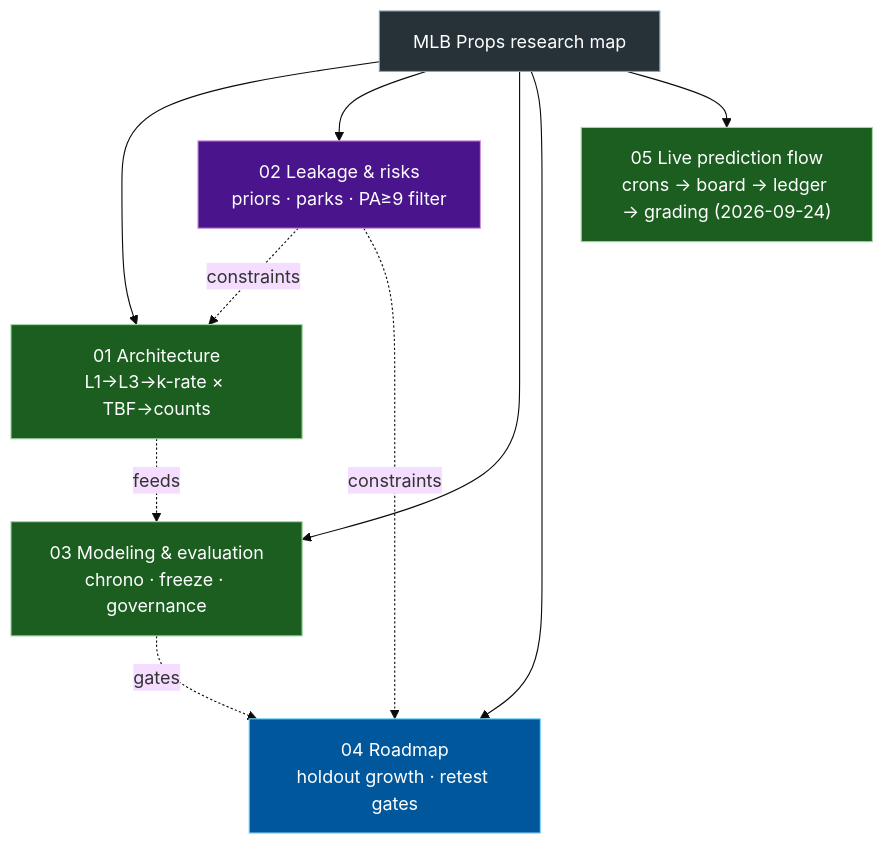
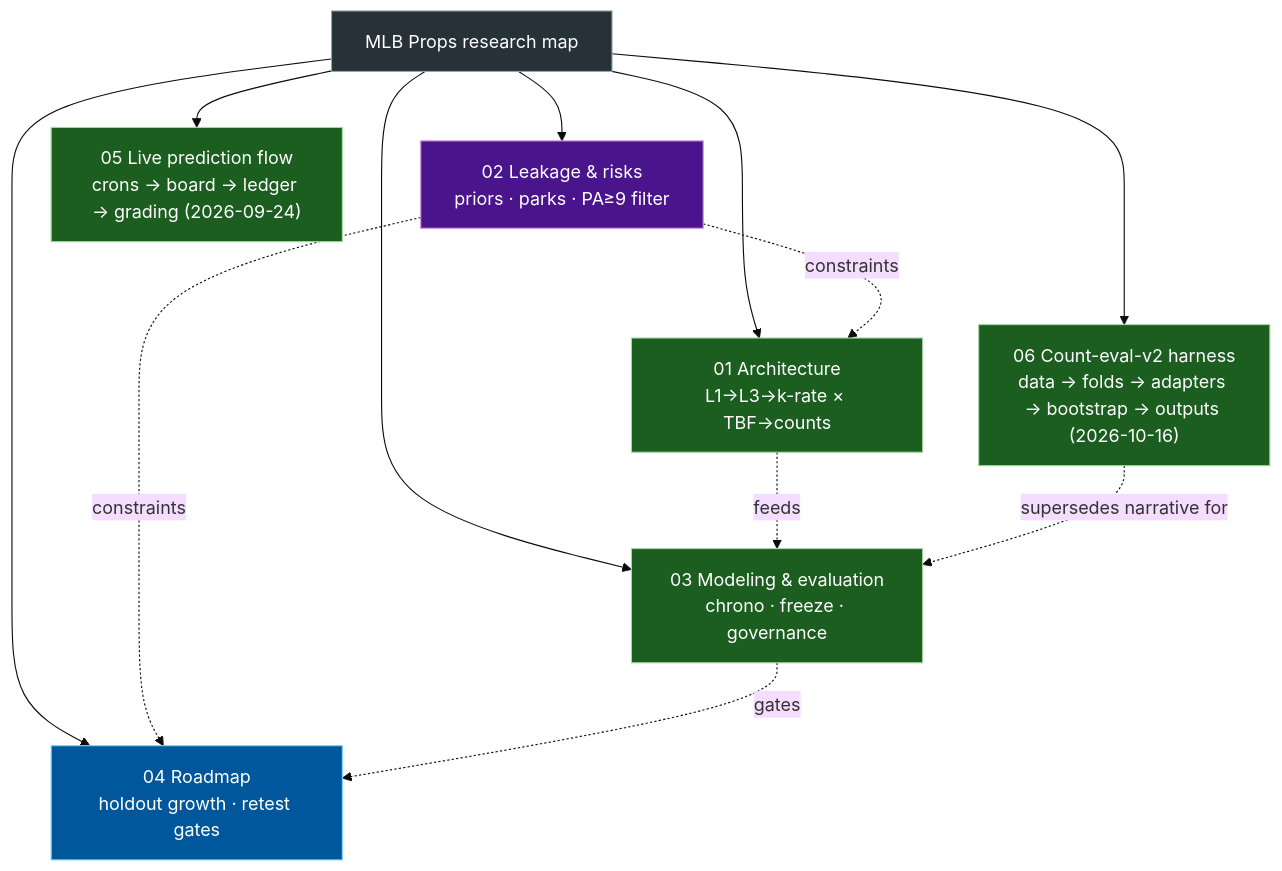
The diagram in docs/diagrams/00-index.md (Cbkaplinger/MLB-Props), drawn with Mermaid (base theme) before and after one commit. The commit also changed other lines of this file and 5 other files, not shown here.

````diff
--- a/docs/diagrams/00-index.md
+++ b/docs/diagrams/00-index.md
@@ -9,28 +12,31 @@
 ```mermaid
 flowchart TB
   classDef built fill:#1b5e20,stroke:#a5d6a7,color:#fff
   classDef partial fill:#e65100,stroke:#ffcc80,color:#fff
   classDef missing fill:#b71c1c,stroke:#ef9a9a,color:#fff
   classDef risk fill:#4a148c,stroke:#ce93d8,color:#fff
   classDef next fill:#01579b,stroke:#81d4fa,color:#fff
   classDef index fill:#263238,stroke:#90a4ae,color:#fff
 
   IDX["MLB Props research map"]:::index
 
   A["01 Architecture<br/>L1→L3→k-rate × TBF→counts"]:::built
   B["02 Leakage & risks<br/>priors · parks · PA≥9 filter"]:::risk
   C["03 Modeling & evaluation<br/>chrono · freeze · governance"]:::built
   D["04 Roadmap<br/>holdout growth · retest gates"]:::next
   E["05 Live prediction flow<br/>crons → board → ledger → grading (2026-09-24)"]:::built
+  F["06 Count-eval-v2 harness<br/>data → folds → adapters → bootstrap → outputs (2026-10-16)"]:::built
 
   IDX --> A
   IDX --> B
   IDX --> C
   IDX --> D
   IDX --> E
+  IDX --> F
 
   A -.->|"feeds"| C
   B -.->|"constraints"| A
   B -.->|"constraints"| D
   C -.->|"gates"| D
+  F -.->|"supersedes narrative for"| C
 ```
````
